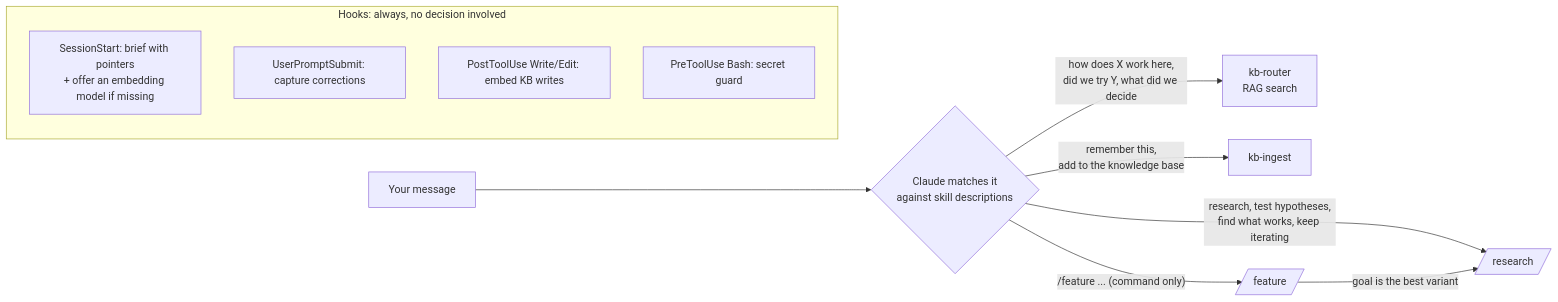
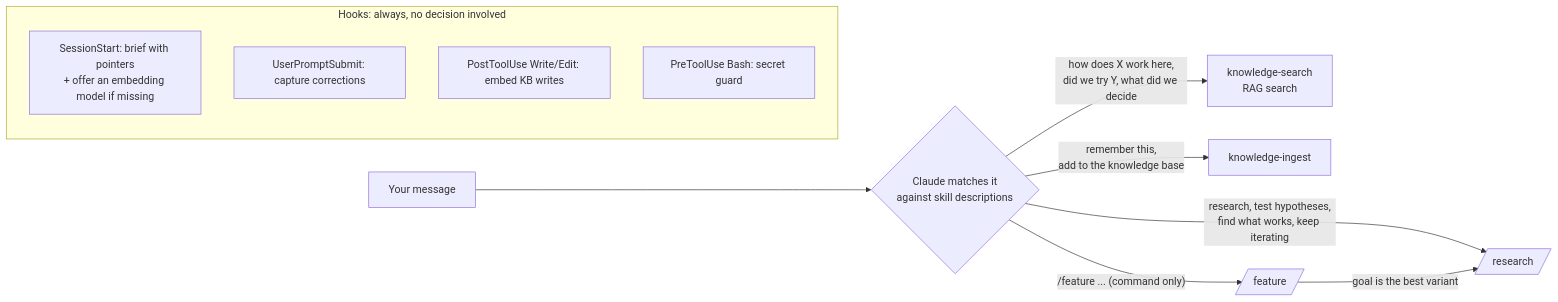
Before and after one commit to nikserbur/autolearn: the first of 6 diagrams in README.md, drawn with Mermaid. The commit also changed other lines of this file and 50 other files, not shown here.

First line of the commit message:
refactor!: rename to research-lab; the knowledge base gets its own skills

````diff
--- a/README.md
+++ b/README.md
@@ -83,15 +83,15 @@
 ```mermaid
 flowchart LR
   U[Your message] --> M{Claude matches it<br/>against skill descriptions}
   M -- "research, test hypotheses,<br/>find what works, keep iterating" --> RS[/research/]
-  M -- "how does X work here,<br/>did we try Y, what did we decide" --> KR[kb-router<br/>RAG search]
-  M -- "remember this,<br/>add to the knowledge base" --> KI[kb-ingest]
+  M -- "how does X work here,<br/>did we try Y, what did we decide" --> KR[knowledge-search<br/>RAG search]
+  M -- "remember this,<br/>add to the knowledge base" --> KI[knowledge-ingest]
   M -- "/feature ... (command only)" --> F[/feature/]
   F -- "goal is the best variant" --> RS
   subgraph Hooks["Hooks: always, no decision involved"]
     H1[SessionStart: brief with pointers<br/>+ offer an embedding model if missing]
     H2[UserPromptSubmit: capture corrections]
     H3[PostToolUse Write/Edit: embed KB writes]
     H4[PreToolUse Bash: secret guard]
   end
 ```
````
